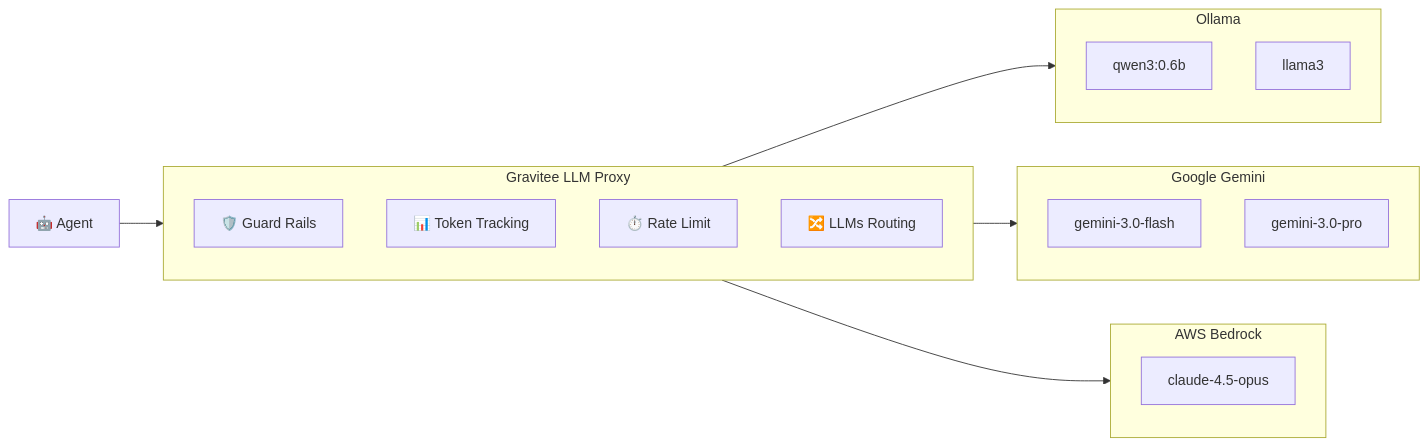
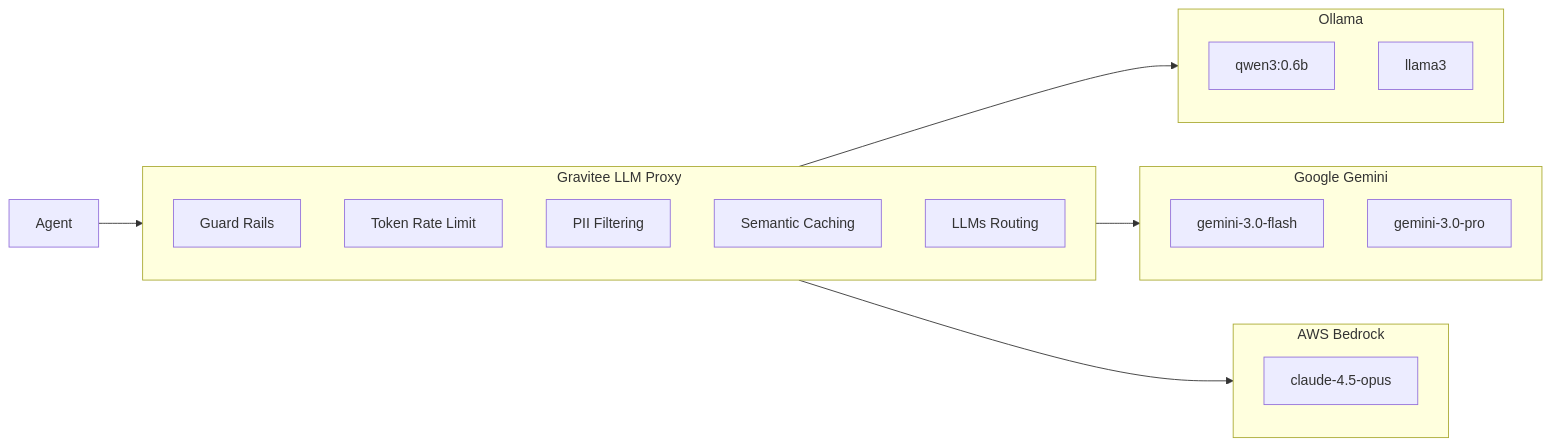
One commit to gravitee-io-labs/Gravitee-AI-Agent-Workshop changed the third of 6 diagrams in README.md. Above: the diagram before and after it, drawn with Mermaid. The commit also changed other lines of this file and 1 other file, not shown here.

````diff
--- a/README.md
+++ b/README.md
@@ -288,25 +284,26 @@
 ```mermaid
 flowchart LR
-    A["🤖 Agent"] --> B
+    A["Agent"] --> B
     subgraph B["Gravitee LLM Proxy"]
         direction TB
-        B1["🛡️ Guard Rails"]
-        B2["📊 Token Tracking"]
-        B3["⏱️ Rate Limit"]
-        B4["🔀 LLMs Routing"]
+        B1["Guard Rails"]
+        B2["Token Rate Limit"]
+        B3["PII Filtering"]
+        B4["Semantic Caching"]
+        B5["LLMs Routing"]
     end
     B --> C1
     B --> C2
     B --> C3
     subgraph C1["Ollama"]
         C1a["qwen3:0.6b"]
         C1b["llama3"]
     end
     subgraph C2["Google Gemini"]
         C2a["gemini-3.0-flash"]
         C2b["gemini-3.0-pro"]
     end
     subgraph C3["AWS Bedrock"]
         C3a["claude-4.5-opus"]
     end
 ```
````
